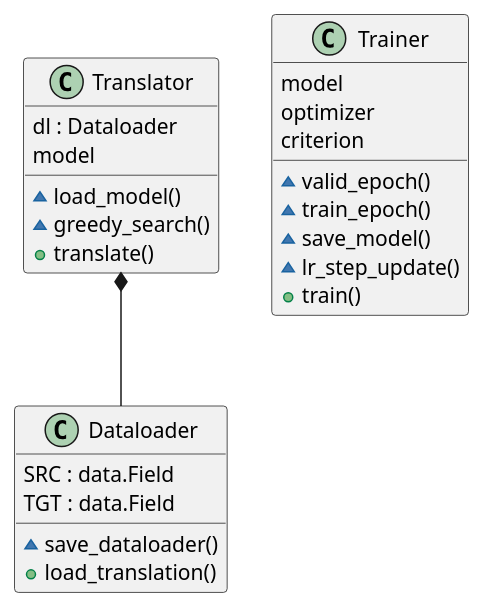
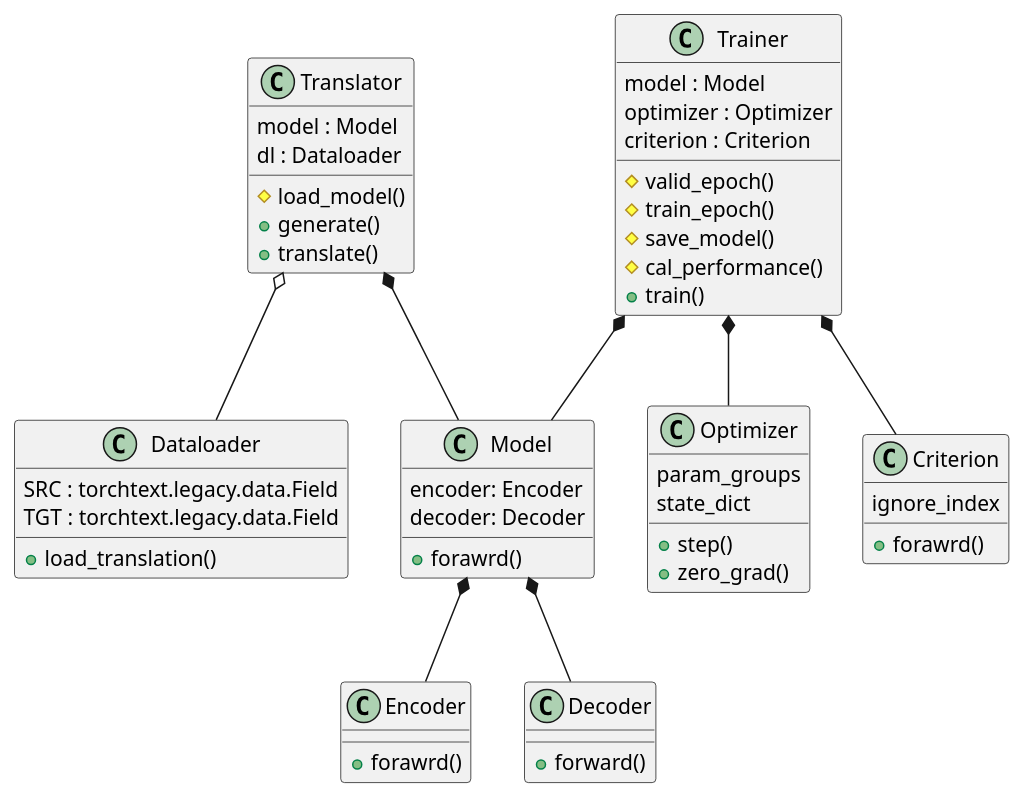
Before and after one commit to hannlp/SimpleNMT: the diagram in diagrams/UMLs/structure.wsd, drawn with PlantUML. The commit also changed 1 other file, not shown here.

```diff
--- a/diagrams/UMLs/structure.wsd
+++ b/diagrams/UMLs/structure.wsd
@@ -1,30 +1,59 @@
 @startuml
 class Dataloader{
-    SRC : data.Field
-    TGT : data.Field
-    ~save_dataloader()
+    SRC : torchtext.legacy.data.Field
+    TGT : torchtext.legacy.data.Field
     +load_translation()
 }
 
 class Trainer{
-    model
-    optimizer
-    criterion
-    ~valid_epoch()
-    ~train_epoch()
-    ~save_model()
-    ~lr_step_update()
+    model : Model
+    optimizer : Optimizer
+    criterion : Criterion
+    #valid_epoch()
+    #train_epoch()
+    #save_model()
+    #cal_performance()
     +train()
 }
 
+class Optimizer{
+    param_groups
+    state_dict
+    +step()
+    +zero_grad()
+}
+
+class Criterion{
+    ignore_index
+    +forawrd()
+}
+
+Trainer *-- Model
+Trainer *-- Optimizer
+Trainer *-- Criterion
+
+class Encoder{
+    +forawrd()
+}
+class Decoder{
+    +forward()
+}
+class Model{
+    encoder: Encoder
+    decoder: Decoder
+    +forawrd()
+}
+Model *-- Encoder
+Model *-- Decoder
+
 class Translator{
+    model : Model
     dl : Dataloader
-    model
-    ~load_model()
-    ~greedy_search()
+    #load_model()
+    +generate()
     +translate()
 }
-
- Translator *-- Dataloader
+Translator o-- Dataloader
+Translator *-- Model
 
 @enduml
```
